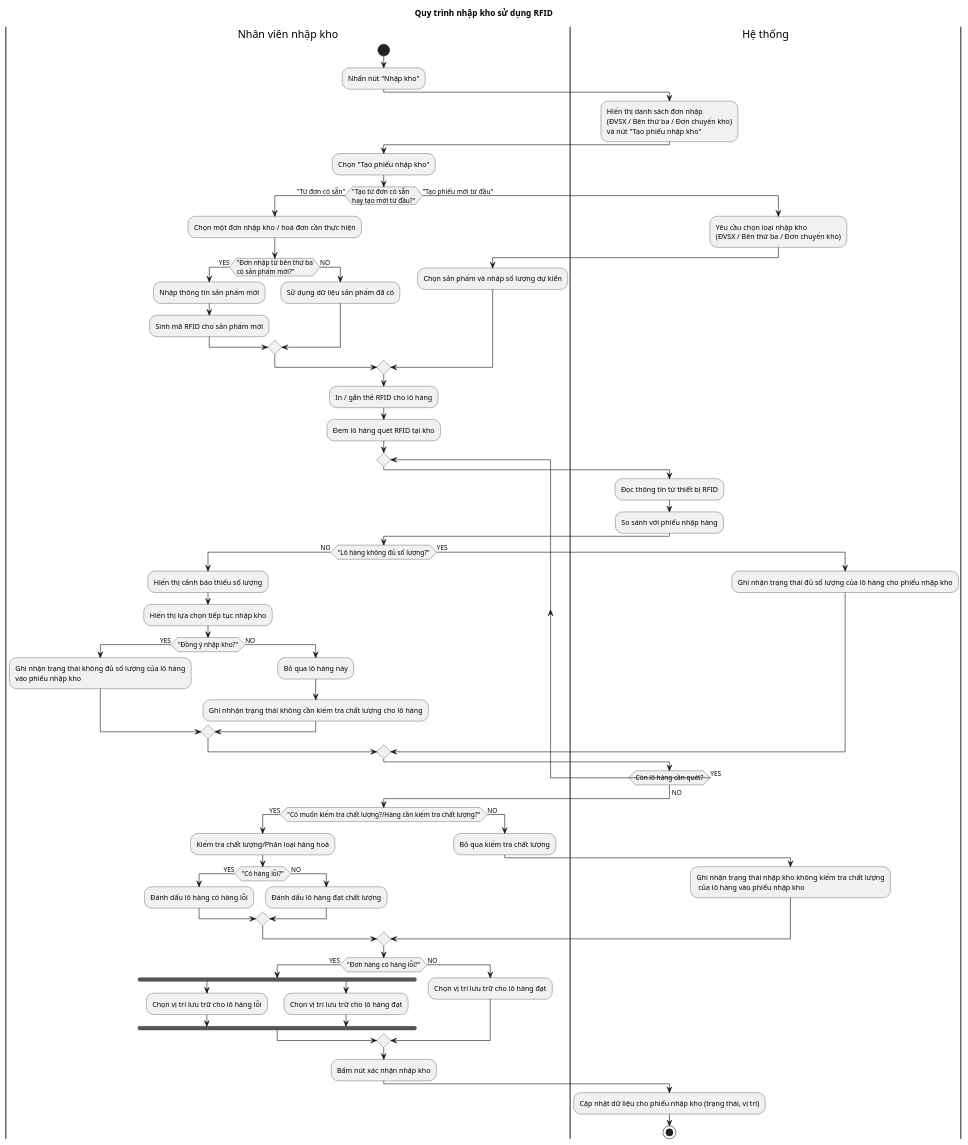
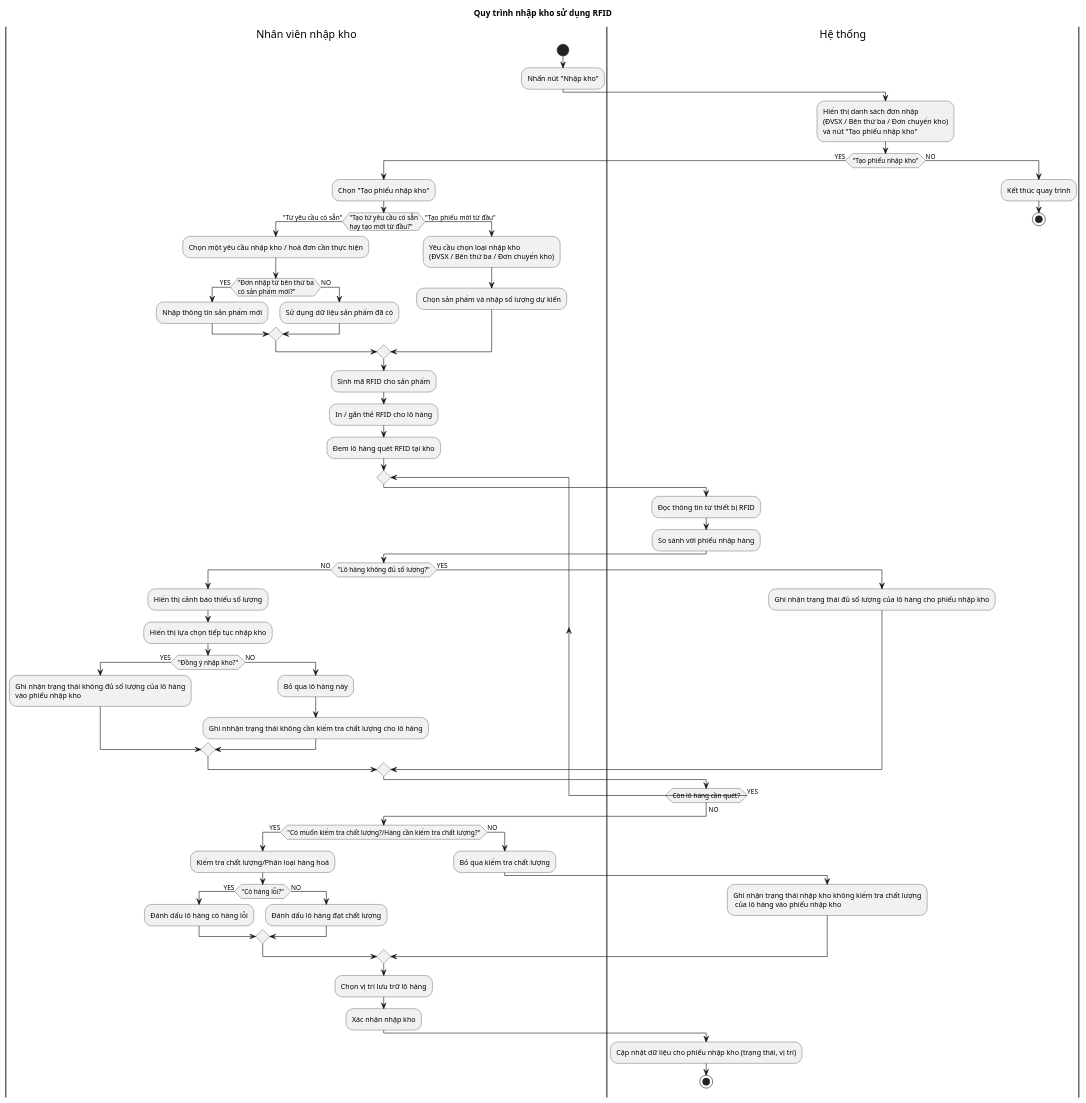
One commit to tuanemtramtinh/dacn-uml changed the diagram in Activity/NhapKho.plantuml. Above: the diagram before and after it, drawn with PlantUML. The commit also changed 31 other files, not shown here.

```diff
--- a/Activity/NhapKho.plantuml
+++ b/Activity/NhapKho.plantuml
@@ -1,113 +1,107 @@
 @startuml
 title Quy trình nhập kho sử dụng RFID
 
 |Nhân viên nhập kho|
 start
 
 '--- Chọn cách tạo phiếu nhập ---
 :Nhấn nút "Nhập kho";
 
 |Hệ thống|
 :Hiển thị danh sách đơn nhập
 (ĐVSX / Bên thứ ba / Đơn chuyển kho)
 và nút "Tạo phiếu nhập kho";
 
-|Nhân viên nhập kho|
-:Chọn "Tạo phiếu nhập kho";
+if ("Tạo phiếu nhập kho") then
+  -> YES;
+  |Nhân viên nhập kho|
+  :Chọn "Tạo phiếu nhập kho";
 
-if ("Tạo từ đơn có sẵn\nhay tạo mới từ đầu?") then
-  -> "Từ đơn có sẵn";
-  :Chọn một đơn nhập kho / hoá đơn cần thực hiện;
+  if ("Tạo từ yêu cầu có sẵn\nhay tạo mới từ đầu?") then
+    -> "Từ yêu cầu có sẵn";
+    :Chọn một yêu cầu nhập kho / hoá đơn cần thực hiện;
 
-  '--- Xử lý RFID cho sản phẩm ---
-  if ("Đơn nhập từ bên thứ ba\ncó sản phẩm mới?") then
+    '--- Xử lý RFID cho sản phẩm ---
+    if ("Đơn nhập từ bên thứ ba\ncó sản phẩm mới?") then
+      -> YES;
+      :Nhập thông tin sản phẩm mới;
+    else
+      -> NO;
+      :Sử dụng dữ liệu sản phẩm đã có;
+    endif
+
+  else
+    -> "Tạo phiếu mới từ đầu";
+    :Yêu cầu chọn loại nhập kho
+    (ĐVSX / Bên thứ ba / Đơn chuyển kho);
+    :Chọn sản phẩm và nhập số lượng dự kiến;
+  endif
+
+  :Sinh mã RFID cho sản phẩm;
+  :In / gắn thẻ RFID cho lô hàng;
+
+  :Đem lô hàng quét RFID tại kho;
+
+  '--- LOOP bắt đầu từ đây ---
+  repeat
+
+    |Hệ thống|
+    :Đọc thông tin từ thiết bị RFID;
+    :So sánh với phiếu nhập hàng;
+    |Nhân viên nhập kho|
+    if ("Lô hàng không đủ số lượng?") then
+      -> NO;
+      :Hiển thị cảnh báo thiếu số lượng;
+      :Hiển thị lựa chọn tiếp tục nhập kho;
+      if ("Đồng ý nhập kho?") then
+        -> YES;
+        :Ghi nhận trạng thái không đủ số lượng của lô hàng\nvào phiếu nhập kho;
+
+      else
+        -> NO;
+        :Bỏ qua lô hàng này;
+        :Ghi nhhận trạng thái không cần kiểm tra chất lượng cho lô hàng;
+      endif
+      
+    |Hệ thống|
+    else
+      -> YES;
+      :Ghi nhận trạng thái đủ số lượng của lô hàng cho phiếu nhập kho;
+    endif
+
+  repeat while (Còn lô hàng cần quét?) is (YES)
+  -> NO;
+
+
+  |Nhân viên nhập kho|
+  if ("Có muốn kiểm tra chất lượng?/Hàng cần kiểm tra chất lượng?") then
     -> YES;
-    :Nhập thông tin sản phẩm mới;
-    :Sinh mã RFID cho sản phẩm mới;
+    :Kiểm tra chất lượng/Phân loại hàng hoá;
+    if ("Có hàng lỗi?") then
+      -> YES;
+      :Đánh dấu lô hàng có hàng lỗi;
+    else
+      -> NO;
+      :Đánh dấu lô hàng đạt chất lượng;
+    endif
   else
     -> NO;
-    :Sử dụng dữ liệu sản phẩm đã có;
+    :Bỏ qua kiểm tra chất lượng;
+    |Hệ thống|
+    :Ghi nhận trạng thái nhập kho không kiểm tra chất lượng\n của lô hàng vào phiếu nhập kho;
   endif
 
-else
-  -> "Tạo phiếu mới từ đầu";
-  |Hệ thống|
-  :Yêu cầu chọn loại nhập kho
-  (ĐVSX / Bên thứ ba / Đơn chuyển kho);
   |Nhân viên nhập kho|
-  :Chọn sản phẩm và nhập số lượng dự kiến;
-endif
+  :Chọn vị trí lưu trữ lô hàng;
 
-:In / gắn thẻ RFID cho lô hàng;
-
-:Đem lô hàng quét RFID tại kho;
-
-'--- LOOP bắt đầu từ đây ---
-repeat
+  :Xác nhận nhập kho;
 
   |Hệ thống|
-  :Đọc thông tin từ thiết bị RFID;
-  :So sánh với phiếu nhập hàng;
-  |Nhân viên nhập kho|
-  if ("Lô hàng không đủ số lượng?") then
-    -> NO;
-    :Hiển thị cảnh báo thiếu số lượng;
-    :Hiển thị lựa chọn tiếp tục nhập kho;
-    if ("Đồng ý nhập kho?") then
-      -> YES;
-      :Ghi nhận trạng thái không đủ số lượng của lô hàng\nvào phiếu nhập kho;
+  :Cập nhật dữ liệu cho phiếu nhập kho (trạng thái, vị trí);
 
-    else
-      -> NO;
-      :Bỏ qua lô hàng này;
-      :Ghi nhhận trạng thái không cần kiểm tra chất lượng cho lô hàng;
-    endif
-    
-  |Hệ thống|
-  else
-    -> YES;
-    :Ghi nhận trạng thái đủ số lượng của lô hàng cho phiếu nhập kho;
-  endif
-
-repeat while (Còn lô hàng cần quét?) is (YES)
--> NO;
-
-
-|Nhân viên nhập kho|
-if ("Có muốn kiểm tra chất lượng?/Hàng cần kiểm tra chất lượng?") then
-  -> YES;
-  :Kiểm tra chất lượng/Phân loại hàng hoá;
-  if ("Có hàng lỗi?") then
-    -> YES;
-    :Đánh dấu lô hàng có hàng lỗi;
-  else
-    -> NO;
-    :Đánh dấu lô hàng đạt chất lượng;
-  endif
+  stop
 else
   -> NO;
-  :Bỏ qua kiểm tra chất lượng;
-  |Hệ thống|
-  :Ghi nhận trạng thái nhập kho không kiểm tra chất lượng\n của lô hàng vào phiếu nhập kho;
-endif
-
-|Nhân viên nhập kho|
-if ("Đơn hàng có hàng lỗi?") then
-  -> YES;
-  fork
-    :Chọn vị trí lưu trữ cho lô hàng lỗi;
-  fork again
-    :Chọn vị trí lưu trữ cho lô hàng đạt;
-  end fork
-else
-  -> NO;
-  :Chọn vị trí lưu trữ cho lô hàng đạt;
-endif
-
-:Bấm nút xác nhận nhập kho;
-
-|Hệ thống|
-:Cập nhật dữ liệu cho phiếu nhập kho (trạng thái, vị trí);
-
-stop
+  :Kết thúc quay trình;
+  stop
 @enduml
```
